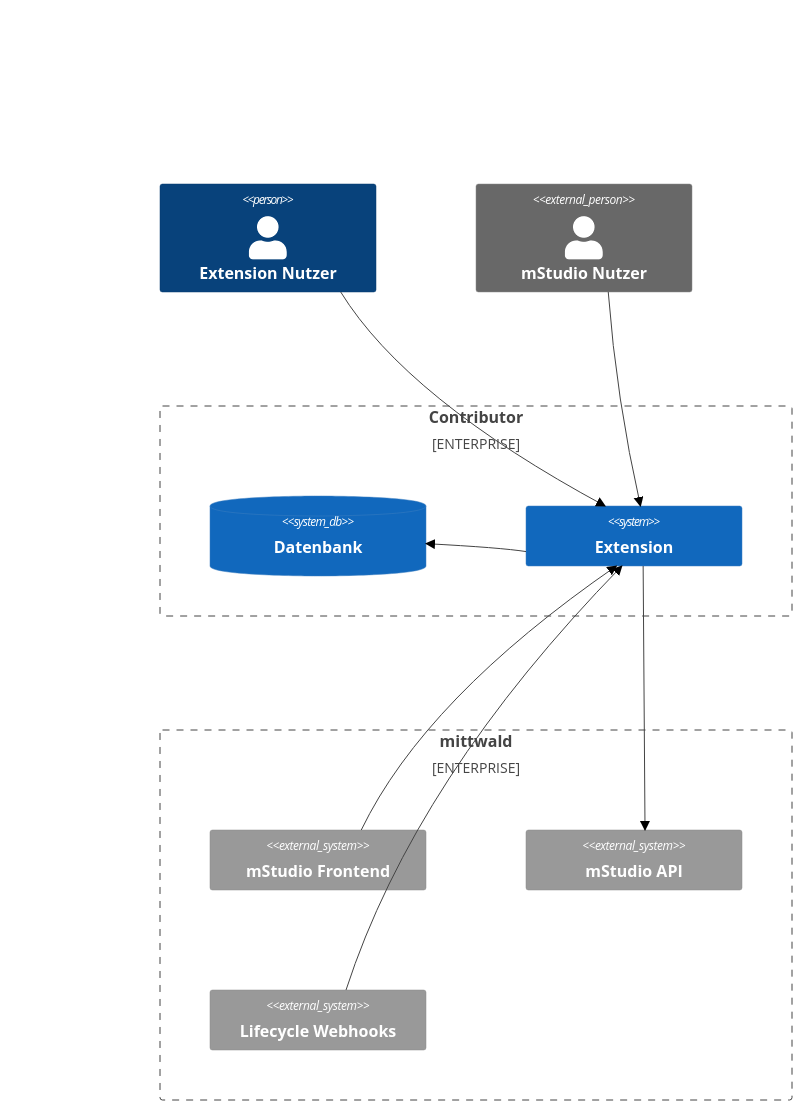
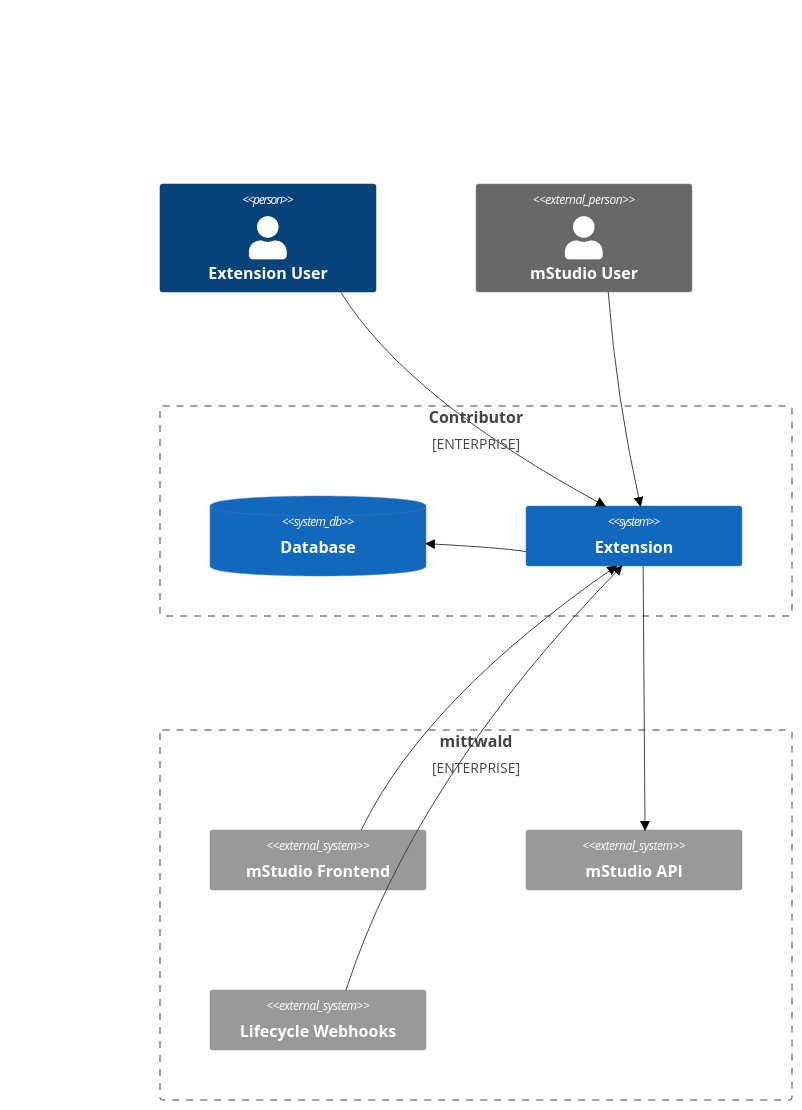
One commit to mittwald/developer-portal changed the first of 4 diagrams in docs/contribution/3-overview/2-architecture.mdx. Above: the diagram before and after it, drawn with Mermaid (forest theme). The commit also changed other lines of this file, not shown here.

Commit message:
architecture of an extension

````diff
--- a/docs/contribution/3-overview/2-architecture.mdx
+++ b/docs/contribution/3-overview/2-architecture.mdx
@@ -23,25 +24,25 @@
 ```mermaid
 C4Context
-    Person(extensionUser, "Extension Nutzer")
-    Person_Ext(mstudioUser, "mStudio Nutzer")
+    Person(extensionUser, "Extension User")
+    Person_Ext(mstudioUser, "mStudio User")
 
     Enterprise_Boundary(contributor, "Contributor") {
-      SystemDb(persistency, "Datenbank")
+      SystemDb(persistency, "Database")
       System(extension, "Extension")
     }
 
     Enterprise_Boundary(mittwald, "mittwald") {
       System_Ext(frontend, "mStudio Frontend")
       System_Ext(api, "mStudio API")
       System_Ext(webhooks, "Lifecycle Webhooks")
     }
 
     Rel(extension, api, "")
     Rel(webhooks, extension, "")
     Rel(extension, persistency, "")
     Rel(mstudioUser, extension, "")
     Rel(extensionUser, extension, "")
     Rel(frontend, extension, "")
 
     UpdateLayoutConfig($c4ShapeInRow="2", $c4BoundaryInRow="1")
 ```
````
